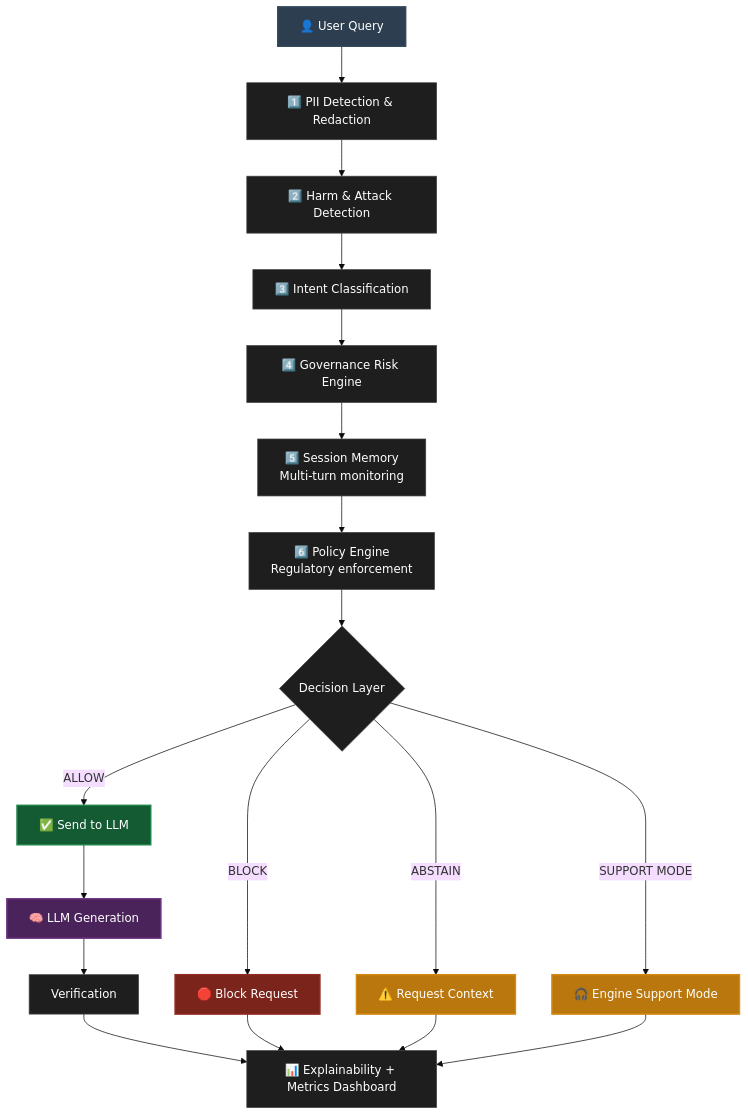
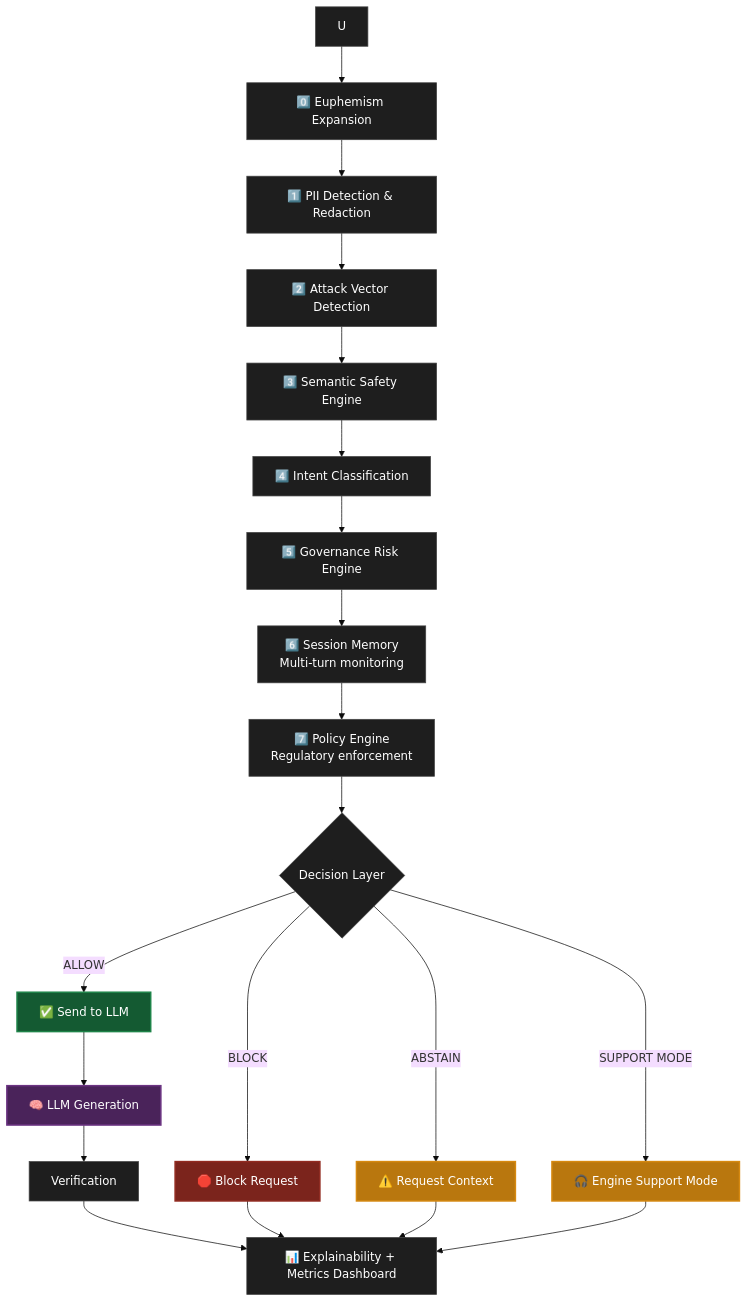
Before and after one commit to Alkur123/india-ai-safety-and-governance-engine: the first of 3 diagrams in REQUIREMENTS.md, drawn with Mermaid (base theme). The commit also changed other lines of this file, not shown here.

````diff
--- a/REQUIREMENTS.md
+++ b/REQUIREMENTS.md
@@ -15,31 +30,37 @@
 ```mermaid
 graph TD
     classDef default fill:#1E1E1E,stroke:#444,stroke-width:1px,color:#fff;
     classDef user fill:#2C3E50,stroke:#34495E,stroke-width:2px,color:#fff;
     classDef LLM fill:#4A235A,stroke:#6C3483,stroke-width:2px,color:#fff;
     classDef allow fill:#145A32,stroke:#1E8449,stroke-width:2px,color:#fff;
     classDef block fill:#7B241C,stroke:#922B21,stroke-width:2px,color:#fff;
     classDef abstain fill:#B9770E,stroke:#D68910,stroke-width:2px,color:#fff;
     
-    U[👤 User Query]:::user --> P1[1️⃣ PII Detection & Redaction]
-    P1 --> P2[2️⃣ Harm & Attack Detection]
-    P2 --> P3[3️⃣ Intent Classification]
-    P3 --> P4[4️⃣ Governance Risk Engine]
-    P4 --> P5[5️⃣ Session Memory <br/> Multi-turn monitoring]
-    P5 --> P6[6️⃣ Policy Engine <br/> Regulatory enforcement]
+        direction TB
+        P0[0️⃣ Euphemism Expansion]
+        P1[1️⃣ PII Detection & Redaction]
+        P2[2️⃣ Attack Vector Detection]
+        P2a[3️⃣ Semantic Safety Engine]
+        P3[4️⃣ Intent Classification]
+        P4[5️⃣ Governance Risk Engine]
+        P5[6️⃣ Session Memory <br/> Multi-turn monitoring]
+        P6[7️⃣ Policy Engine <br/> Regulatory enforcement]
+        
+        U --> P0
+        P0 --> P1 --> P2 --> P2a --> P3 --> P4 --> P5 --> P6
     
     P6 --> DL{Decision Layer}
     
     DL -->|ALLOW| AL[✅ Send to LLM]:::allow
     DL -->|BLOCK| BL[🛑 Block Request]:::block
     DL -->|ABSTAIN| AB[⚠️ Request Context]:::abstain
     DL -->|SUPPORT MODE| SM[🎧 Engine Support Mode]:::abstain
     
     AL --> LLM[🧠 LLM Generation]:::LLM
     LLM --> VL[Verification]
     
     VL --> EE[📊 Explainability + Metrics Dashboard]
     BL --> EE
     AB --> EE
     SM --> EE
 ```
````
